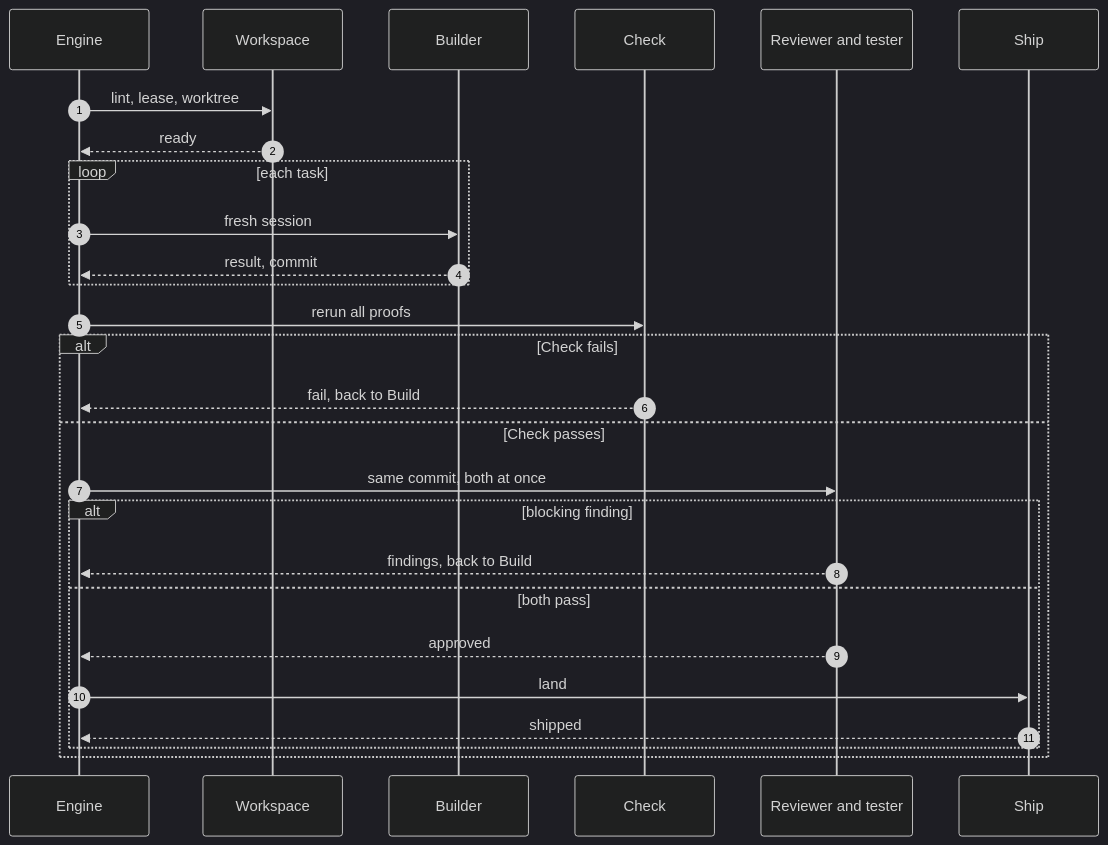
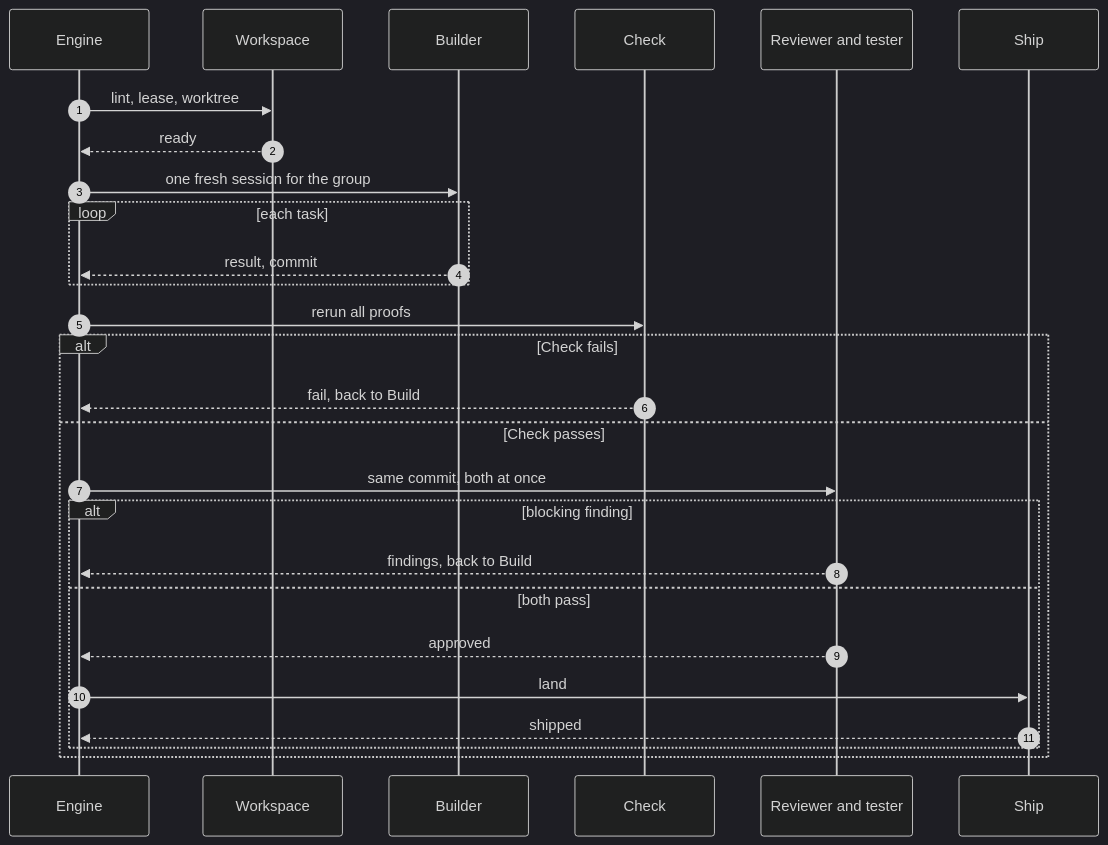
The fifth of 5 diagrams in docs/hld.md (rdevitto86/komodo-agentic-harness-coding), drawn with Mermaid (dark theme) before and after one commit. The commit also changed other lines of this file and 1 other file, not shown here.

````diff
--- a/docs/hld.md
+++ b/docs/hld.md
@@ -260,29 +260,29 @@
 ```mermaid
 sequenceDiagram
   autonumber
   participant E as Engine
   participant W as Workspace
   participant B as Builder
   participant C as Check
   participant V as Reviewer and tester
   participant S as Ship
   E->>W: lint, lease, worktree
   W-->>E: ready
+  E->>B: one fresh session for the group
   loop each task
-    E->>B: fresh session
     B-->>E: result, commit
   end
   E->>C: rerun all proofs
   alt Check fails
     C-->>E: fail, back to Build
   else Check passes
     E->>V: same commit, both at once
     alt blocking finding
       V-->>E: findings, back to Build
     else both pass
       V-->>E: approved
       E->>S: land
       S-->>E: shipped
     end
   end
 ```
````
